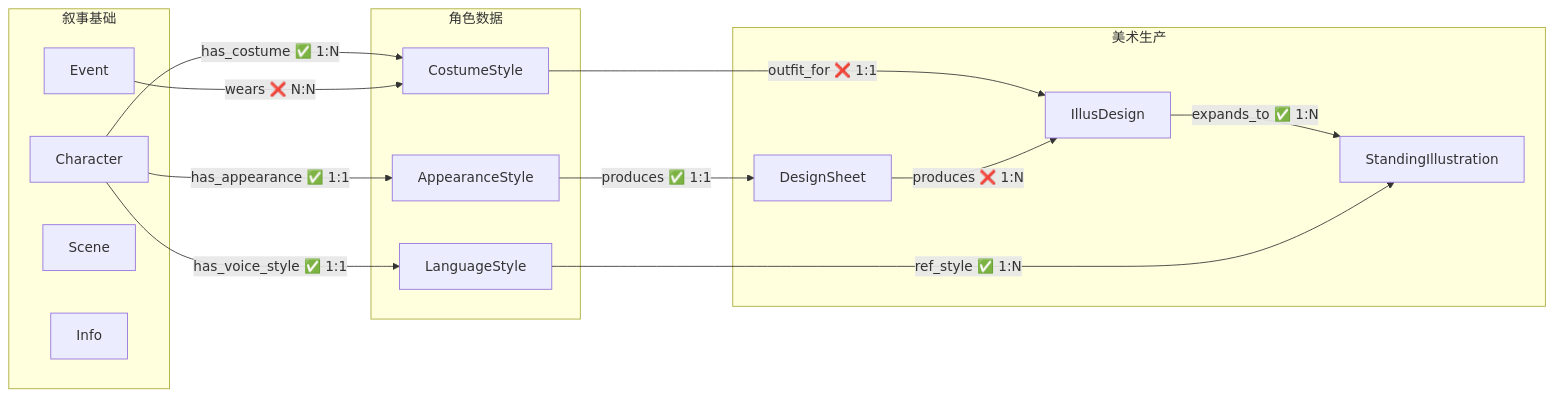
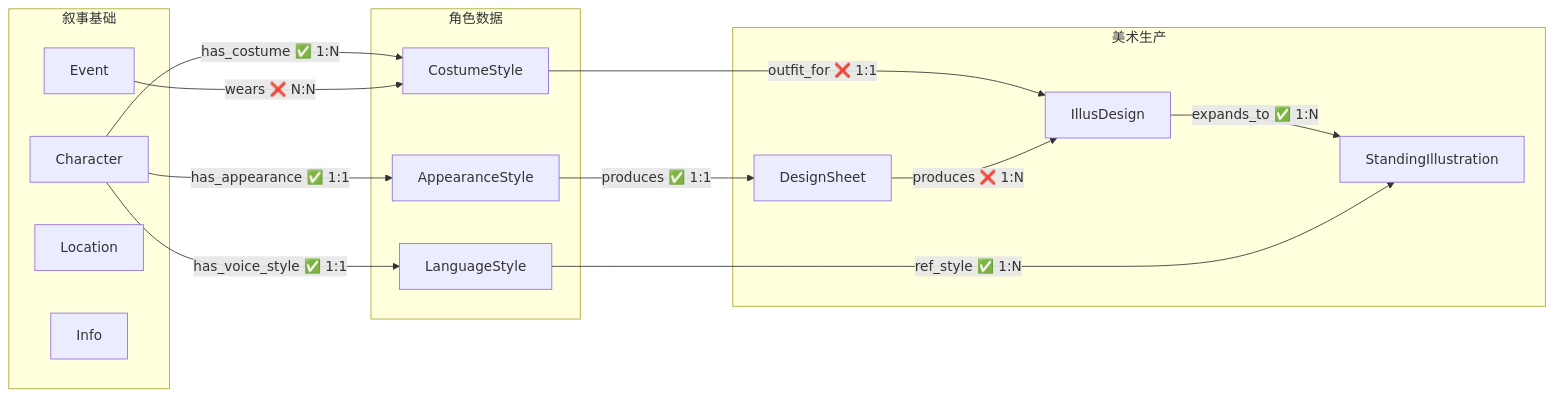
The diagram in 00_init/Schema总览.md (CrazyJinn/OtheredGlass), drawn with Mermaid before and after one commit. The commit also changed other lines of this file and 29 other files, not shown here.

````diff
--- a/00_init/Schema总览.md
+++ b/00_init/Schema总览.md
@@ -73,31 +73,31 @@
 ```mermaid
 flowchart LR
     subgraph 叙事["叙事基础"]
         Character["Character"]
         Event["Event"]
-        Scene["Scene"]
+        Location["Location"]
         Info["Info"]
     end
 
     subgraph 角色数据["角色数据"]
         Appearance["AppearanceStyle"]
         Costume["CostumeStyle"]
         Language["LanguageStyle"]
     end
 
     subgraph 美术生产["美术生产"]
         DesignSheet["DesignSheet"]
         IllusDesign["IllusDesign"]
         StandingIllus["StandingIllustration"]
     end
 
     Character -->|"has_appearance ✅ 1:1"| Appearance
     Character -->|"has_costume ✅ 1:N"| Costume
     Character -->|"has_voice_style ✅ 1:1"| Language
     Appearance -->|"produces ✅ 1:1"| DesignSheet
     Costume -->|"outfit_for ❌ 1:1"| IllusDesign
     DesignSheet -->|"produces ❌ 1:N"| IllusDesign
     Event -->|"wears ❌ N:N"| Costume
     IllusDesign -->|"expands_to ✅ 1:N"| StandingIllus
     Language -->|"ref_style ✅ 1:N"| StandingIllus
 ```
````
